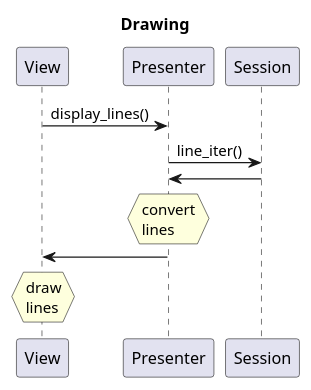
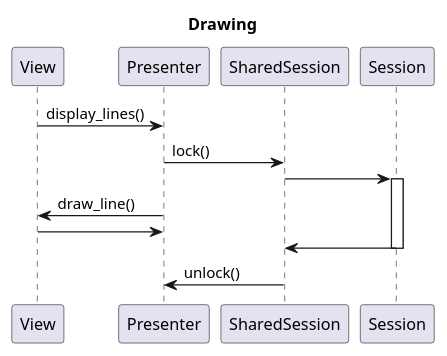
Before and after one commit to LarsEKrueger/bite: the third of 6 diagrams in doc/architecture.pu, drawn with PlantUML. The commit also changed other lines of this file, not shown here.

Commit message:
doc: Update architecture diagrams

```diff
--- a/doc/architecture.pu
+++ b/doc/architecture.pu
@@ -79,10 +76,15 @@
 @startuml
 title Drawing
 
 View -> Presenter : display_lines()
-Presenter -> Session : line_iter()
-Session -> Presenter
-hnote over Presenter : convert\nlines
-Presenter -> View
-hnote over View : draw\nlines
+Presenter -> SharedSession : lock()
+SharedSession -> Session
+activate Session
+
+Presenter ->  View : draw_line()
+View -> Presenter
+
+Session -> SharedSession
+deactivate Session
+SharedSession -> Presenter : unlock()
 @enduml
```
